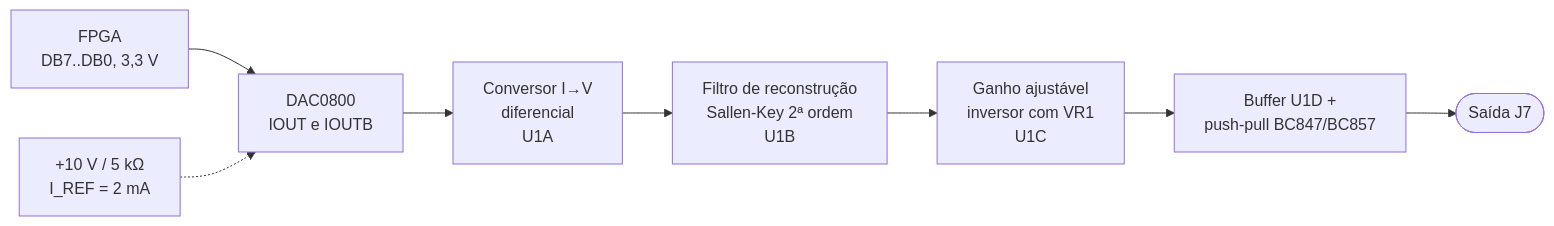
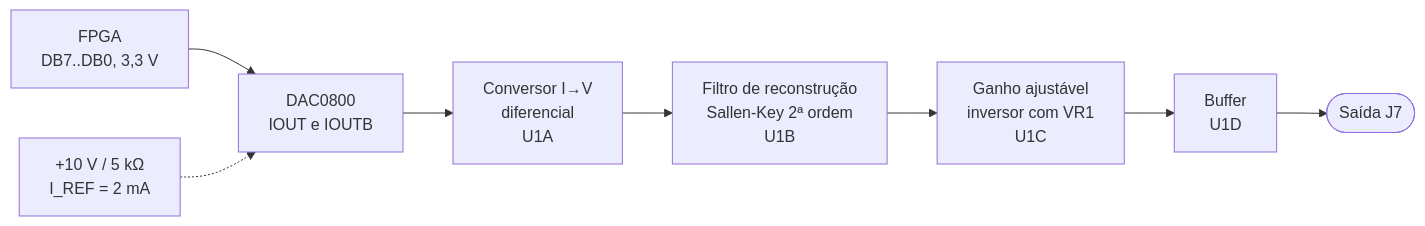
The diagram in analog/README.md (nseiC/dds_waveform_generator), drawn with Mermaid before and after one commit. The commit also changed other lines of this file and 14 other files, not shown here.

````diff
--- a/analog/README.md
+++ b/analog/README.md
@@ -23,10 +23,10 @@
 ```mermaid
 flowchart LR
     FPGA["FPGA<br/>DB7..DB0, 3,3 V"] --> DAC["DAC0800<br/>IOUT e IOUTB"]
     DAC --> IV["Conversor I→V<br/>diferencial<br/>U1A"]
     IV --> LPF["Filtro de reconstrução<br/>Sallen-Key 2ª ordem<br/>U1B"]
     LPF --> GAIN["Ganho ajustável<br/>inversor com VR1<br/>U1C"]
-    GAIN --> BUF["Buffer U1D +<br/>push-pull BC847/BC857"]
+    GAIN --> BUF["Buffer<br/>U1D"]
     BUF --> OUT(["Saída J7"])
     REF["+10 V / 5 kΩ<br/>I_REF = 2 mA"] -.-> DAC
 ```
````
